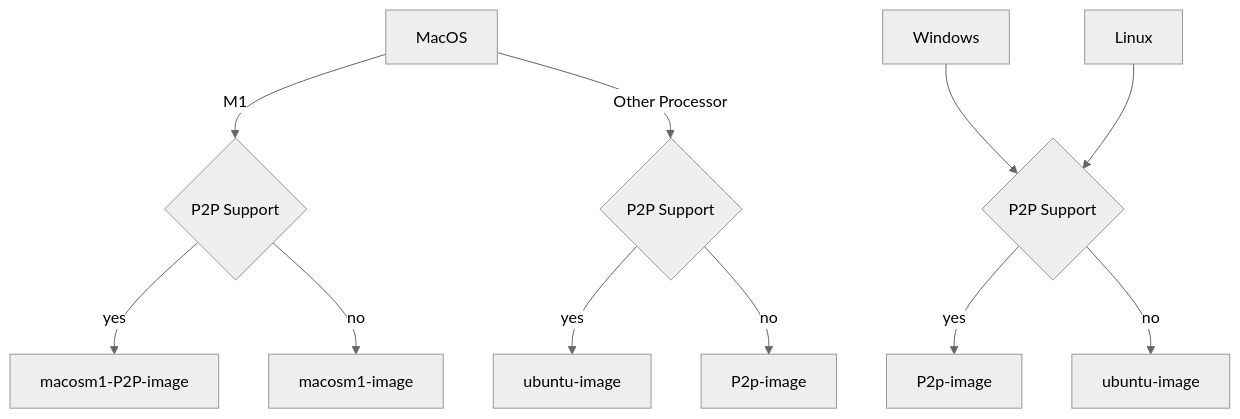
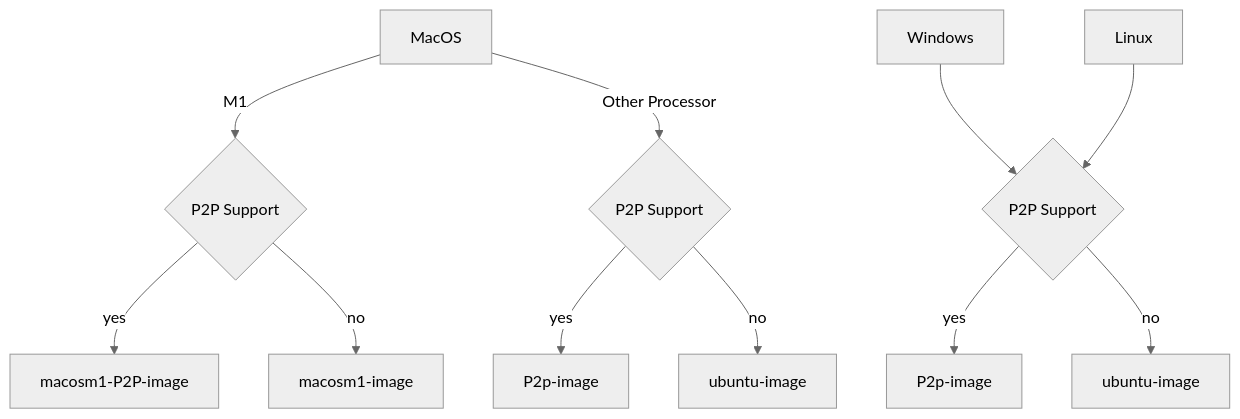
The diagram in README.md (stratosphereips/StratosphereLinuxIPS), drawn with Mermaid (neutral theme) before and after one commit.

Commit message:
readme: fix mermaid logical error

````diff
--- a/README.md
+++ b/README.md
@@ -132,28 +132,28 @@
 ```mermaid
 graph TD;
     MacOS[MacOS] --> |M1| p2p_m1
     p2p_m1 --> |yes| macosm1-P2P-image
     p2p_m1 --> |no| macosm1-image
 
     MacOS --> |Other Processor| p2p_other_processor
     p2p_other_processor --> |yes| macos_other_processor_p2p
     p2p_other_processor --> |no| macos_other_processor_nop2p
 
     Windows --> linux_p2p
     Linux --> linux_p2p
     linux_p2p --> |yes| linux_p2p_image
     linux_p2p --> |no| slips_image
     
     
     p2p_other_processor{P2P Support}
     linux_p2p_image[P2p-image]
     
     p2p_m1{P2P Support}
     slips_image[ubuntu-image]
 
-    macos_other_processor_p2p[ubuntu-image]
-    macos_other_processor_nop2p[P2p-image]
+    macos_other_processor_p2p[P2p-image]
+    macos_other_processor_nop2p[ubuntu-image]
 
     linux_p2p{P2P Support}
 
 ```
````
